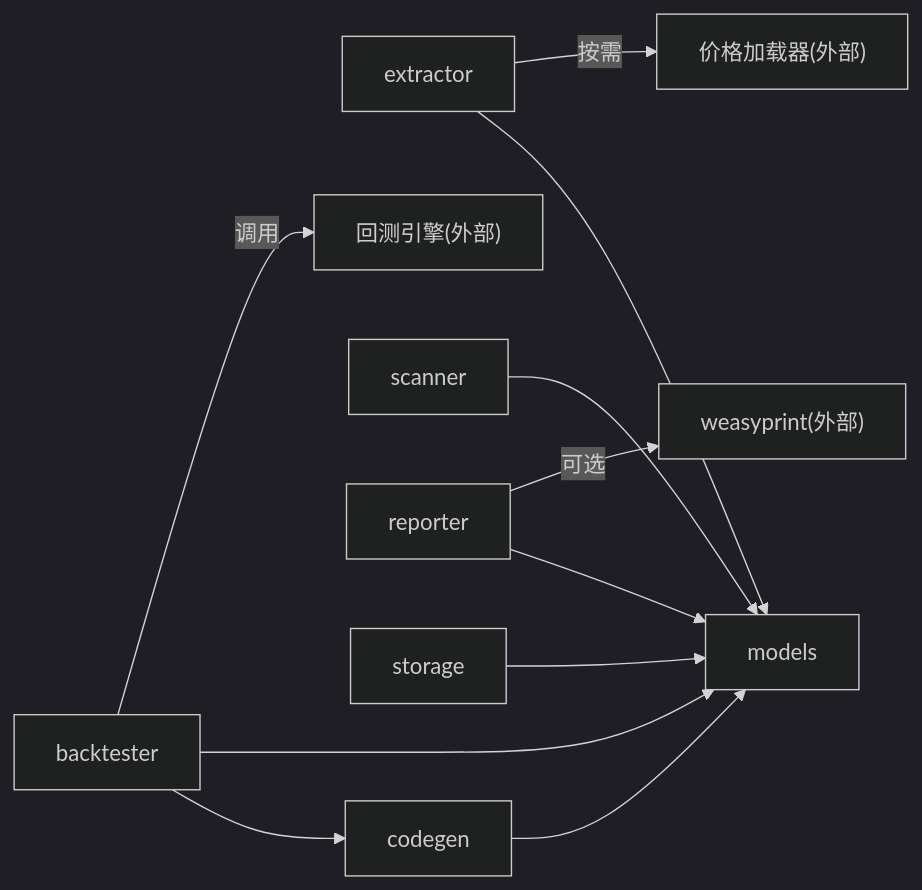
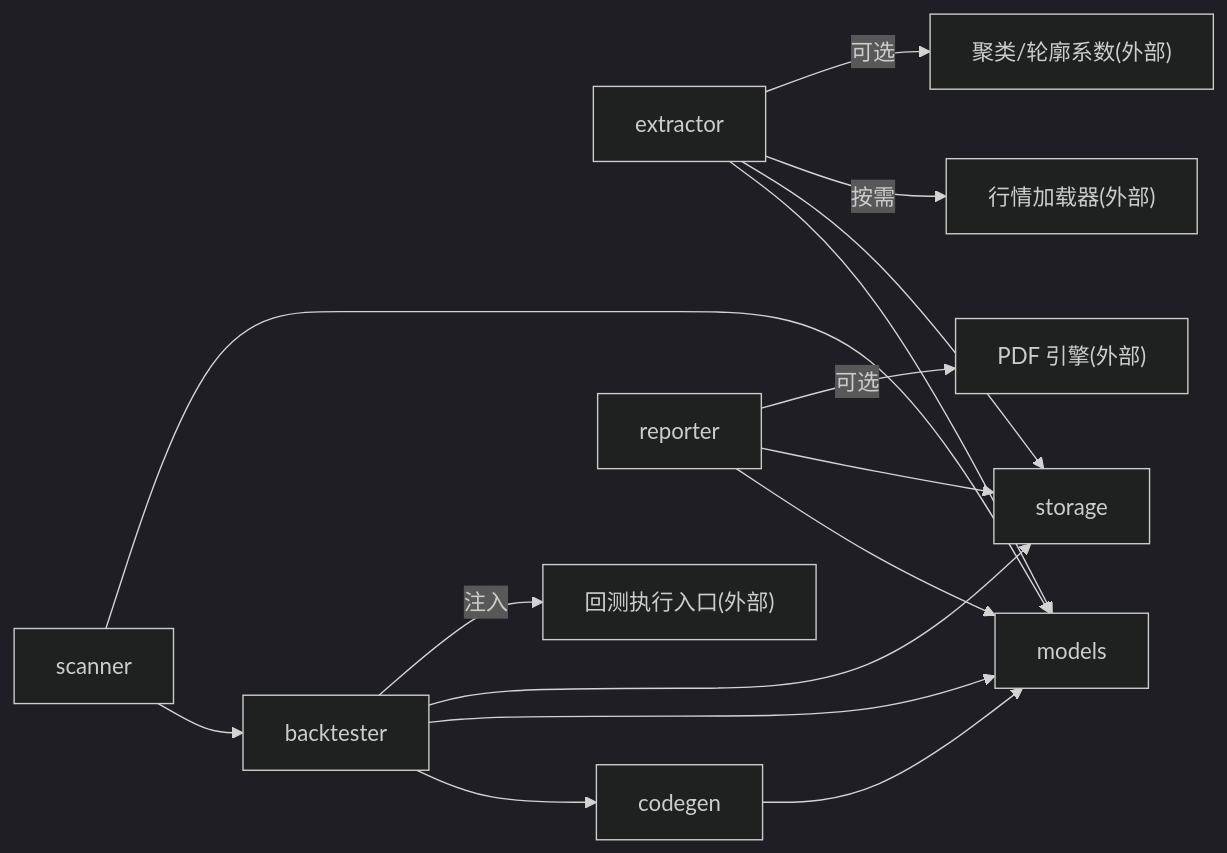
Before and after one commit to hjfire/vibe-trading-fw: the seventh of 7 diagrams in repowiki/topics/安全与治理/影子账户.md, drawn with Mermaid (dark theme). The commit also changed other lines of this file and 5 other files, not shown here.

````diff
--- a/repowiki/topics/安全与治理/影子账户.md
+++ b/repowiki/topics/安全与治理/影子账户.md
@@ -289,13 +364,17 @@
 ```mermaid
 graph LR
 EX["extractor"] --> MD["models"]
+EX --> ST["storage"]
 CG["codegen"] --> MD
 BT["backtester"] --> CG
 BT --> MD
-SC["scanner"] --> MD
+BT --> ST
+SC["scanner"] --> BT
+SC --> MD
 RP["reporter"] --> MD
-ST["storage"] --> MD
-BT --> |调用| BTENG["回测引擎(外部)"]
-EX --> |按需| LDR["价格加载器(外部)"]
-RP --> |可选| WP["weasyprint(外部)"]
+RP --> ST
+BT --> |注入| ENG["回测执行入口(外部)"]
+EX --> |按需| LDR["行情加载器(外部)"]
+EX --> |可选| SK["聚类/轮廓系数(外部)"]
+RP --> |可选| PDF["PDF 引擎(外部)"]
 ```
````
